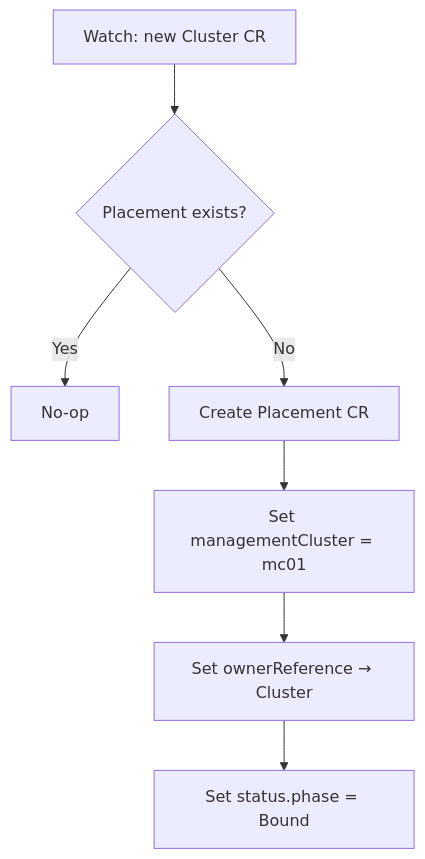
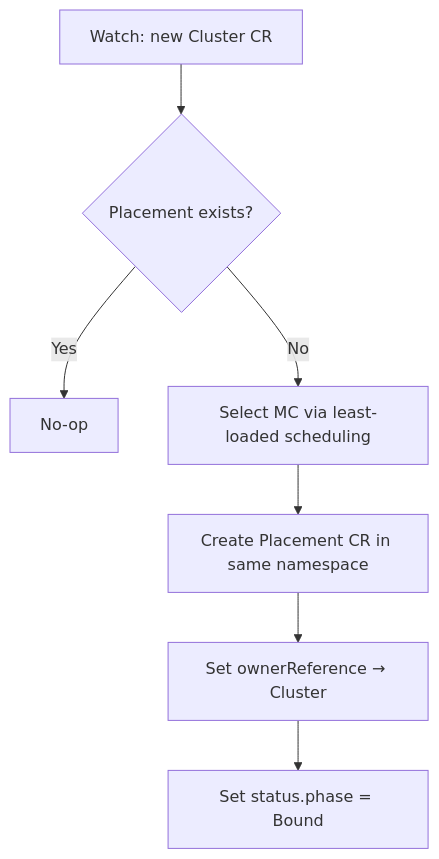
The diagram in docs/placement-controller.md (typeid/hyperfleet-operator), drawn with Mermaid before and after one commit. The commit also changed other lines of this file and 27 other files, not shown here.

````diff
--- a/docs/placement-controller.md
+++ b/docs/placement-controller.md
@@ -9,9 +13,9 @@
 ```mermaid
 flowchart TD
     A[Watch: new Cluster CR] --> B{Placement exists?}
     B -->|Yes| C[No-op]
-    B -->|No| D[Create Placement CR]
-    D --> E[Set managementCluster = mc01]
+    B -->|No| D[Select MC via least-loaded scheduling]
+    D --> E[Create Placement CR in same namespace]
     E --> F[Set ownerReference → Cluster]
     F --> G[Set status.phase = Bound]
 ```
````
